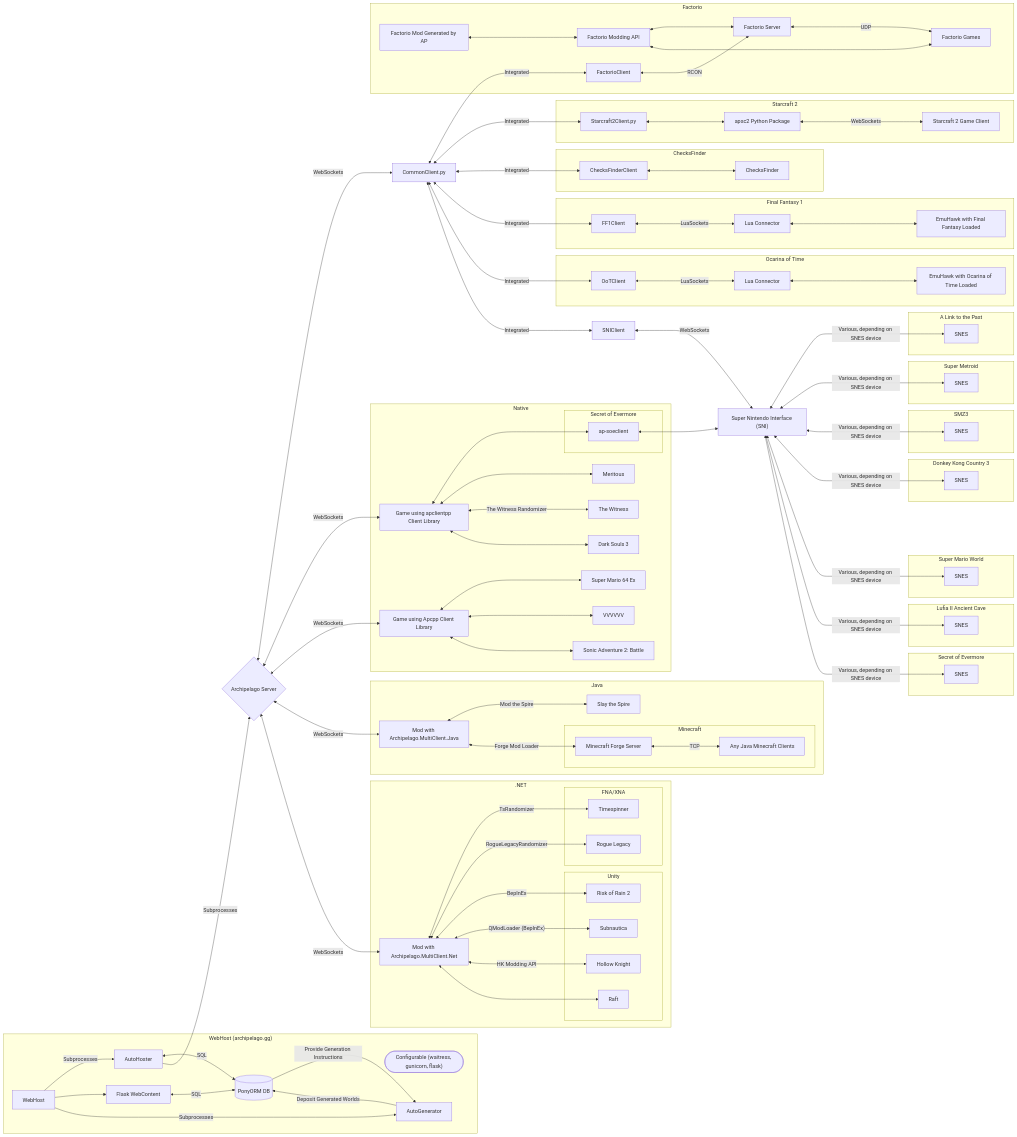
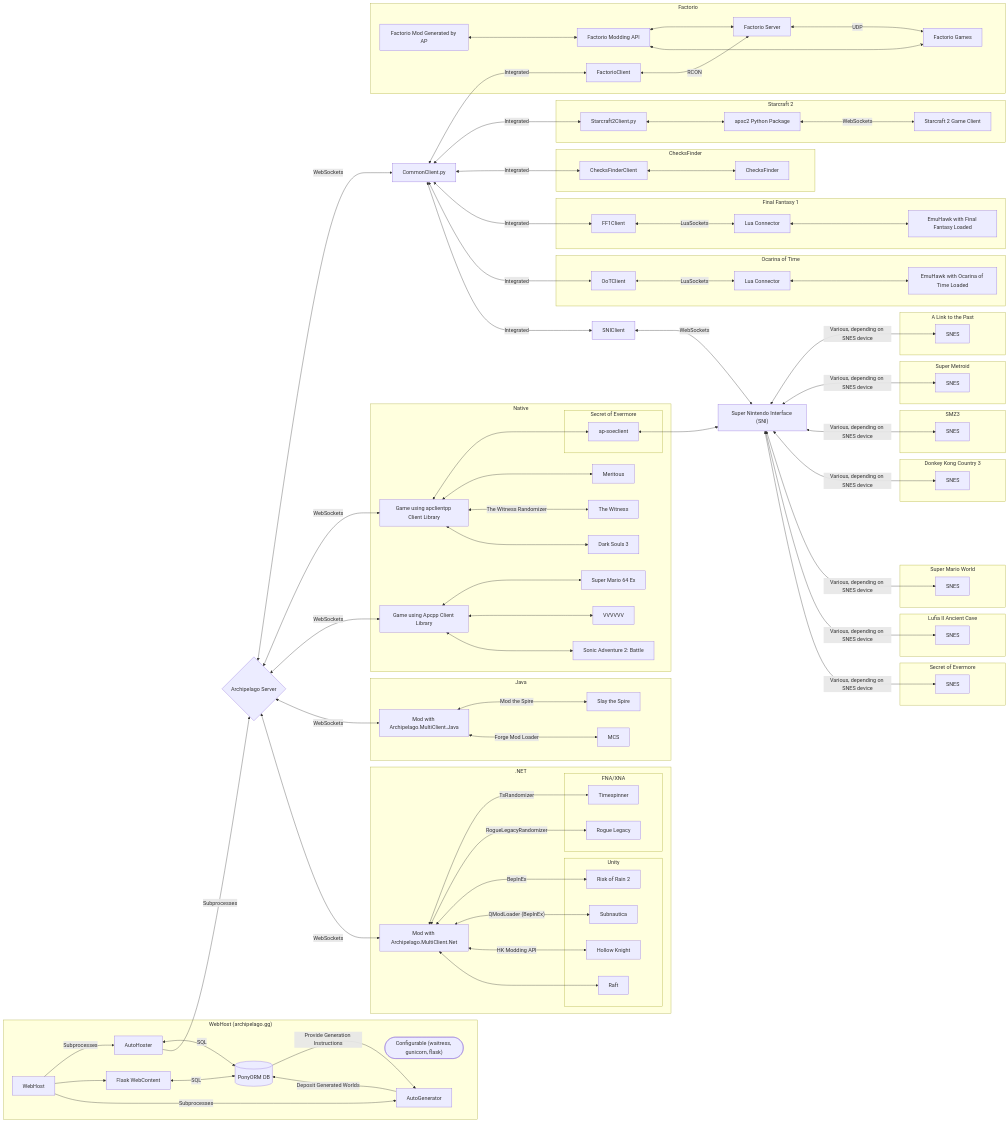
The diagram in docs/network diagram/network diagram.md (ArchipelagoMW/Archipelago), drawn with Mermaid before and after one commit.

Commit message:
remove minecraft

```diff
--- a/docs/network diagram/network diagram.md
+++ b/docs/network diagram/network diagram.md
@@ -119,11 +119,6 @@
         JM[Mod with Archipelago.MultiClient.Java]
         STS[Slay the Spire]
         JM <-- Mod the Spire --> STS
-        subgraph Minecraft
-            MCS[Minecraft Forge Server]
-            JMC[Any Java Minecraft Clients]
-            MCS <-- TCP --> JMC
-        end
         JM <-- Forge Mod Loader --> MCS
     end
     AS <-- WebSockets --> JM
```
